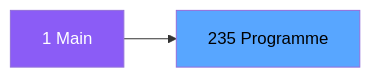
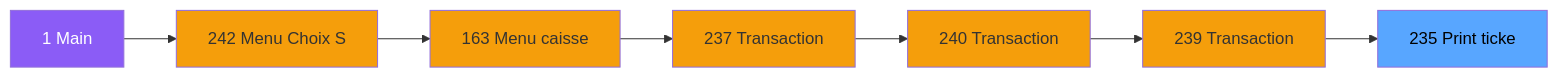
Before and after one commit to thonyAGP/magic-migration: the second of 3 diagrams in .openspec/specs/ADH-IDE-235.md, drawn with Mermaid. The commit also changed other lines of this file and 323 other files, not shown here.

````diff
--- a/.openspec/specs/ADH-IDE-235.md
+++ b/.openspec/specs/ADH-IDE-235.md
@@ -120,8 +147,23 @@
 ```mermaid
 graph LR
     M[1 Main]
-    T[235 Programme]
-    M --> T
+    N242[242 Menu Choix S]
+    N163[163 Menu caisse ]
+    N237[237 Transaction ]
+    N240[240 Transaction ]
+    N239[239 Transaction ]
+    T[235  Print ticke]
+    M --> N242
+    N242 --> N163
+    N163 --> N237
+    N237 --> N240
+    N240 --> N239
+    N239 --> T
     style M fill:#8b5cf6,color:#fff
+    style N242 fill:#f59e0b
+    style N163 fill:#f59e0b
+    style N237 fill:#f59e0b
+    style N240 fill:#f59e0b
+    style N239 fill:#f59e0b
     style T fill:#58a6ff,color:#000
 ```
````
